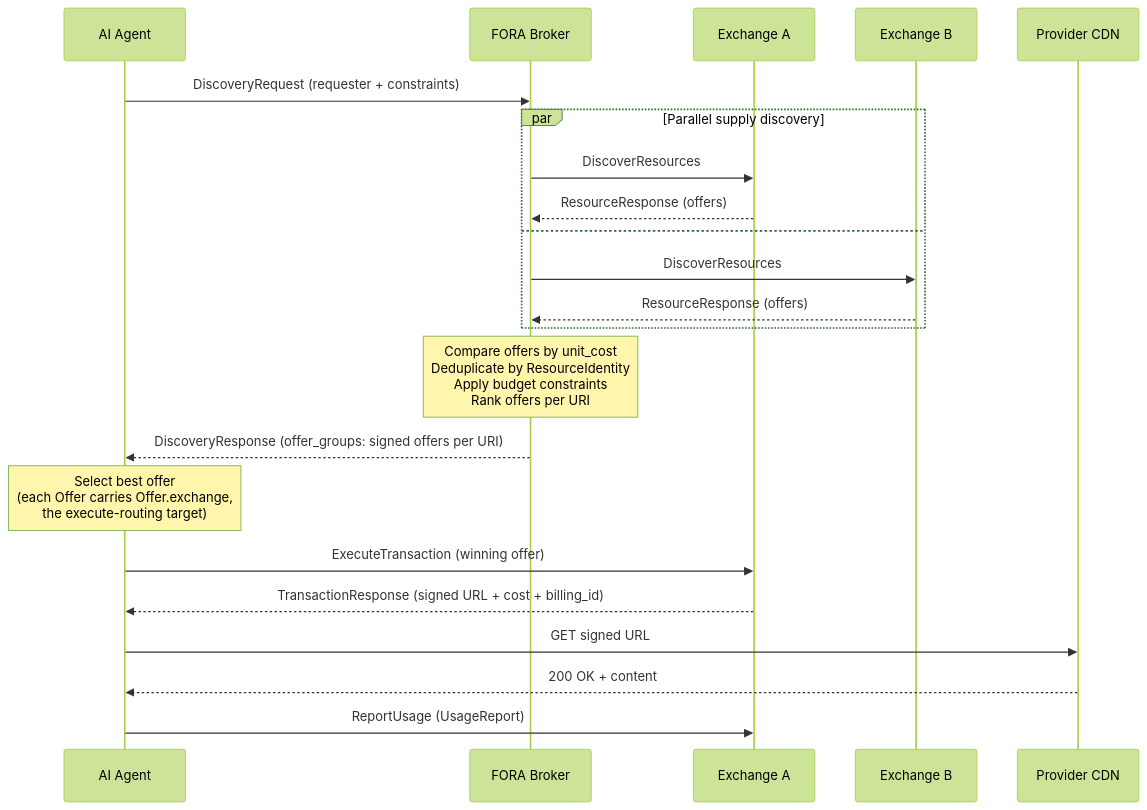
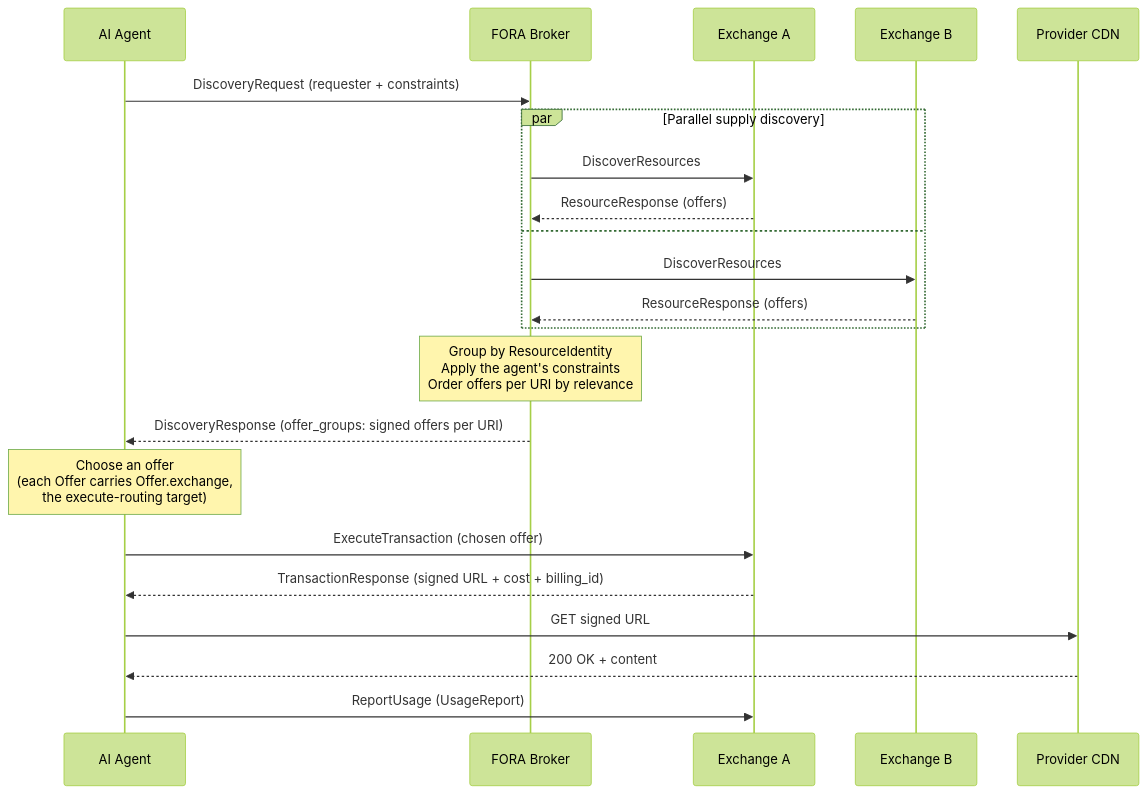
Before and after one commit to FORA-Protocol/protocol: the second of 6 diagrams in website/src/content/docs/protocol/discovery-paths.mdx, drawn with Mermaid (forest theme). The commit also changed other lines of this file and 20 other files, not shown here.

First line of the commit message:
Docs: the Broker orders offers by relevance; the agent decides

````diff
--- a/website/src/content/docs/protocol/discovery-paths.mdx
+++ b/website/src/content/docs/protocol/discovery-paths.mdx
@@ -68,32 +68,32 @@
 ```mermaid
 sequenceDiagram
     participant Agent as AI Agent
     participant Orch as FORA Broker
     participant MPA as Exchange A
     participant MPB as Exchange B
     participant CDN as Provider CDN
 
     Agent->>Orch: DiscoveryRequest (requester + constraints)
 
     par Parallel supply discovery
         Orch->>MPA: DiscoverResources
         MPA-->>Orch: ResourceResponse (offers)
     and
         Orch->>MPB: DiscoverResources
         MPB-->>Orch: ResourceResponse (offers)
     end
 
-    Note over Orch: Compare offers by unit_cost<br/>Deduplicate by ResourceIdentity<br/>Apply budget constraints<br/>Rank offers per URI
+    Note over Orch: Group by ResourceIdentity<br/>Apply the agent's constraints<br/>Order offers per URI by relevance
 
     Orch-->>Agent: DiscoveryResponse (offer_groups: signed offers per URI)
 
-    Note over Agent: Select best offer<br/>(each Offer carries Offer.exchange,<br/>the execute-routing target)
+    Note over Agent: Choose an offer<br/>(each Offer carries Offer.exchange,<br/>the execute-routing target)
 
-    Agent->>MPA: ExecuteTransaction (winning offer)
+    Agent->>MPA: ExecuteTransaction (chosen offer)
     MPA-->>Agent: TransactionResponse (signed URL + cost + billing_id)
 
     Agent->>CDN: GET signed URL
     CDN-->>Agent: 200 OK + content
 
     Agent->>MPA: ReportUsage (UsageReport)
 ```
````
